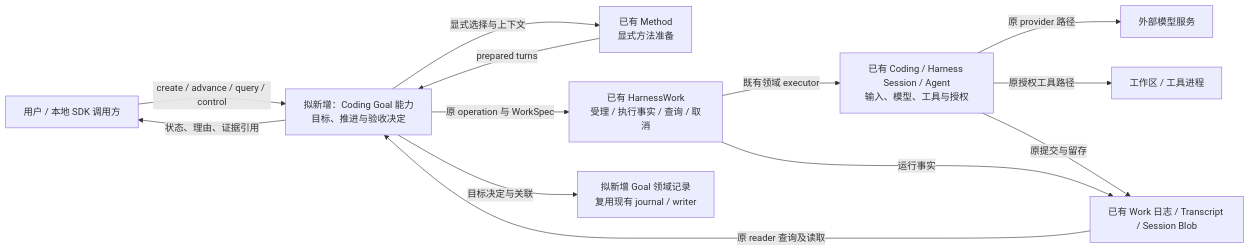
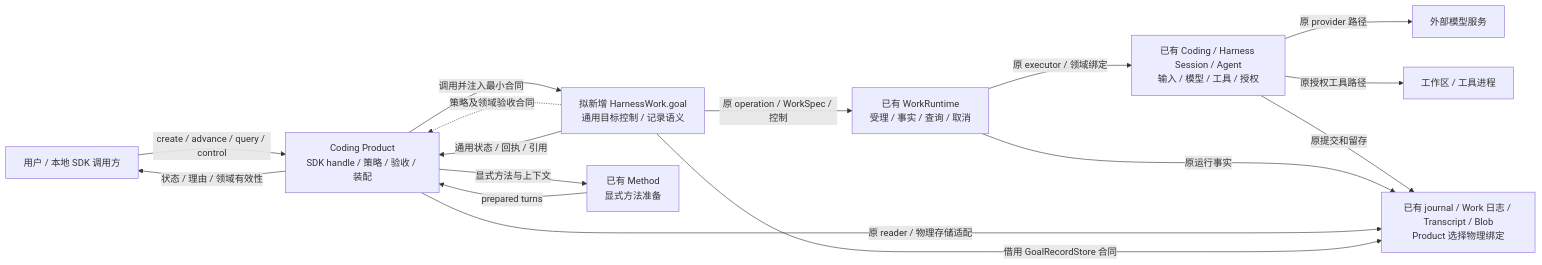
The first of 4 diagrams in docs/internals/architecture/goal-method-work/minimum-loop-architecture.md (zhnt/loushang), drawn with Mermaid before and after one commit. The commit also changed other lines of this file and 6 other files, not shown here.

Commit message:
docs(goal): move shared control to HarnessWork and review boundaries

````diff
--- a/docs/internals/architecture/goal-method-work/minimum-loop-architecture.md
+++ b/docs/internals/architecture/goal-method-work/minimum-loop-architecture.md
@@ -51,24 +52,27 @@
 ```mermaid
 flowchart LR
     Caller[用户 / 本地 SDK 调用方]
-    Goal["拟新增：Coding Goal 能力<br/>目标、推进与验收决定"]
+    Product["Coding Product<br/>SDK handle / 策略 / 验收 / 装配"]
+    Goal["拟新增 HarnessWork.goal<br/>通用目标控制 / 记录语义"]
     Method["已有 Method<br/>显式方法准备"]
-    Work["已有 HarnessWork<br/>受理 / 执行事实 / 查询 / 取消"]
-    Session["已有 Coding / Harness Session / Agent<br/>输入、模型、工具与授权"]
+    Work["已有 WorkRuntime<br/>受理 / 事实 / 查询 / 取消"]
+    Session["已有 Coding / Harness Session / Agent<br/>输入 / 模型 / 工具 / 授权"]
     Model[外部模型服务]
     OS[工作区 / 工具进程]
-    GoalData["拟新增 Goal 领域记录<br/>复用现有 journal / writer"]
-    Facts["已有 Work 日志 / Transcript / Session Blob"]
-    Caller -->|create / advance / query / control| Goal
-    Goal -->|显式选择与上下文| Method
-    Method -->|prepared turns| Goal
-    Goal -->|原 operation 与 WorkSpec| Work
-    Work -->|既有领域 executor| Session
+    Data["已有 journal / Work 日志 / Transcript / Blob<br/>Product 选择物理绑定"]
+    Caller -->|create / advance / query / control| Product
+    Product -->|调用并注入最小合同| Goal
+    Goal -.->|策略及领域验收合同| Product
+    Product -->|显式方法与上下文| Method
+    Method -->|prepared turns| Product
+    Goal -->|原 operation / WorkSpec / 控制| Work
+    Work -->|原 executor / 领域绑定| Session
     Session -->|原 provider 路径| Model
     Session -->|原授权工具路径| OS
-    Session -->|原提交与留存| Facts
-    Work -->|运行事实| Facts
-    Goal -->|目标决定与关联| GoalData
-    Facts -->|原 reader 查询及读取| Goal
-    Goal -->|状态、理由、证据引用| Caller
+    Session -->|原提交和留存| Data
+    Work -->|原运行事实| Data
+    Product -->|原 reader / 物理存储适配| Data
+    Goal -->|借用 GoalRecordStore 合同| Data
+    Goal -->|通用状态 / 回执 / 引用| Product
+    Product -->|状态 / 理由 / 领域有效性| Caller
 ```
````
